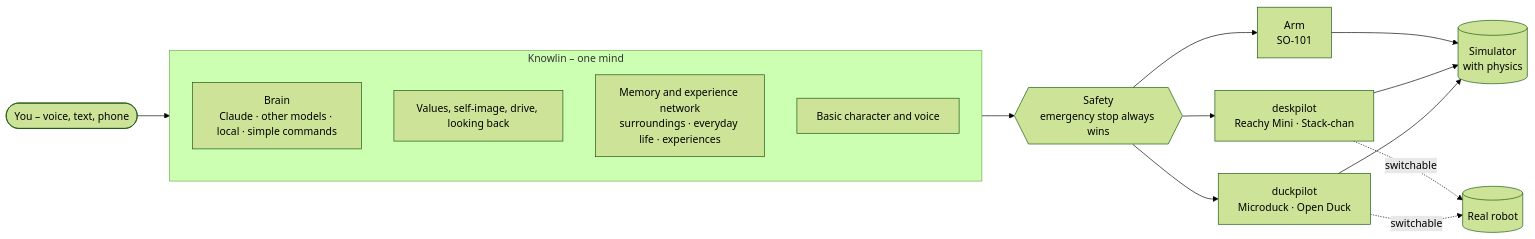
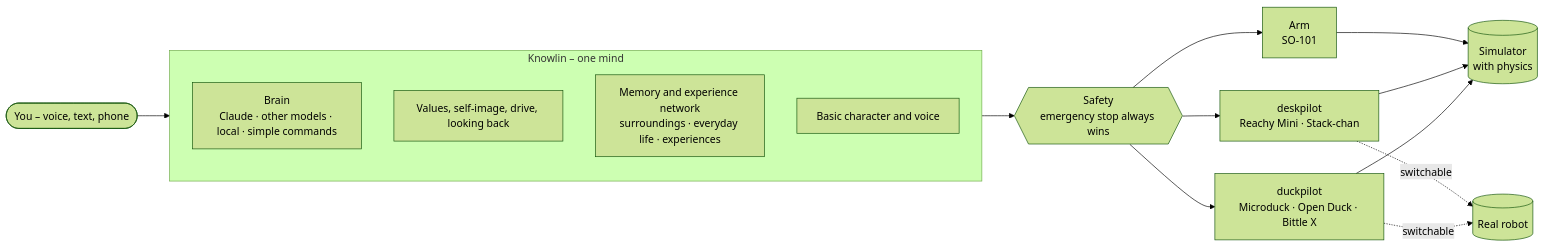
One commit to knowlin-ai/knowlin changed the diagram in README.en.md. Above: the diagram before and after it, drawn with Mermaid (forest theme). The commit also changed other lines of this file and 30 other files, not shown here.

````diff
--- a/README.en.md
+++ b/README.en.md
@@ -132,20 +133,20 @@
 ```mermaid
 flowchart LR
   Human(["You – voice, text, phone"]) --> Mind
   subgraph Mind["Knowlin – one mind"]
     direction TB
     Brain["Brain<br/>Claude · other models · local · simple commands"]
     Values["Values, self-image, drive, looking back"]
     Memory["Memory and experience network<br/>surroundings · everyday life · experiences"]
     Character["Basic character and voice"]
   end
   Mind --> Safety{{"Safety<br/>emergency stop always wins"}}
-  Safety --> D["duckpilot<br/>Microduck · Open Duck"]
+  Safety --> D["duckpilot<br/>Microduck · Open Duck · Bittle X"]
   Safety --> R["deskpilot<br/>Reachy Mini · Stack-chan"]
   Safety --> A["Arm<br/>SO-101"]
   D --> Sim[("Simulator<br/>with physics")]
   R --> Sim
   A --> Sim
   D -. "switchable" .-> Real[("Real robot")]
   R -. "switchable" .-> Real
 ```
````
